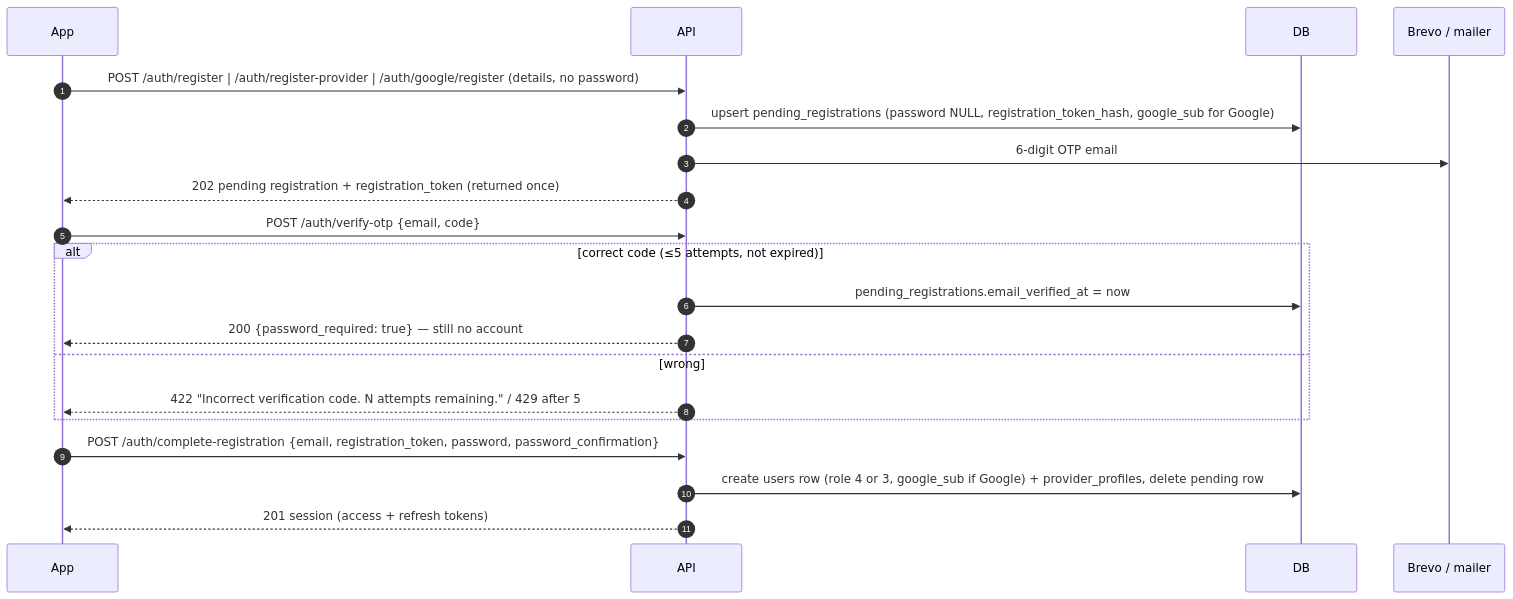
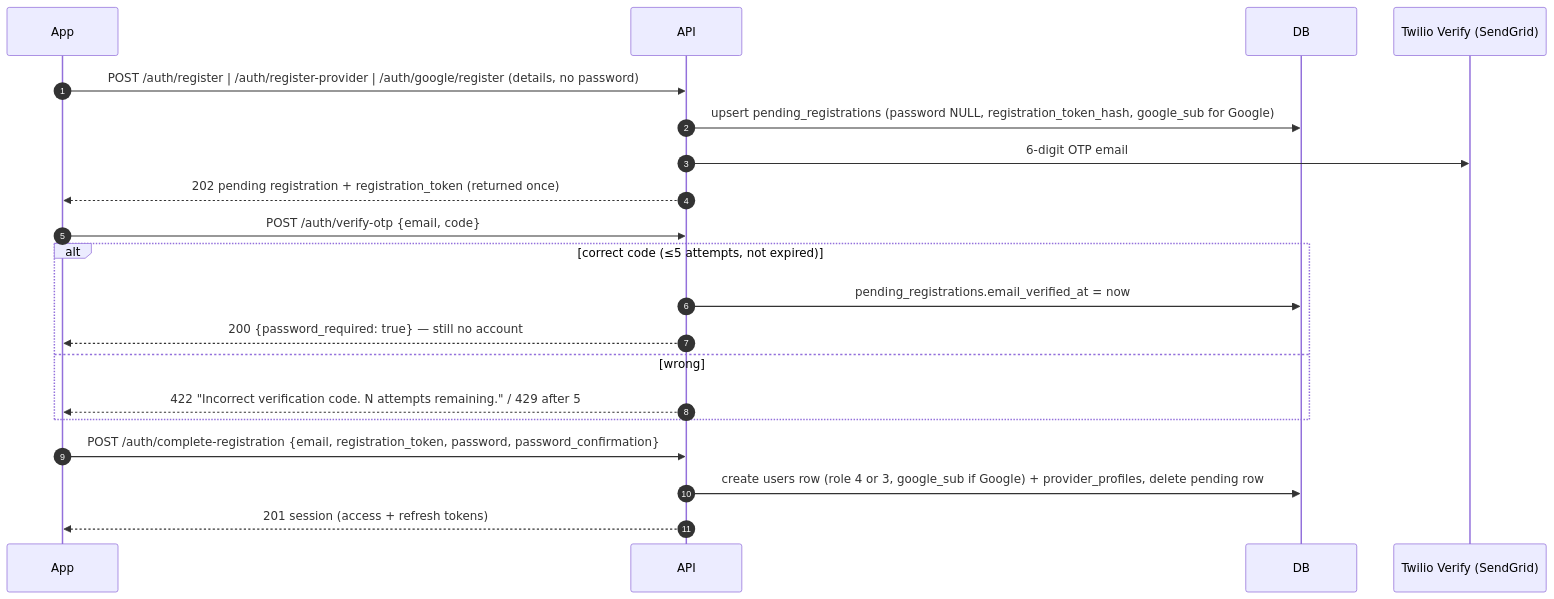
The diagram in SkillServe-Vault/02 - Domain & Business Logic/Registration and OTP Flow.md (EarlCao/skillserve-web-root), drawn with Mermaid before and after one commit. The commit also changed other lines of this file and 13 other files, not shown here.

Commit message:
docs: Twilio Verify + SendGrid setup replaces Brevo

````diff
--- a/SkillServe-Vault/02 - Domain & Business Logic/Registration and OTP Flow.md
+++ b/SkillServe-Vault/02 - Domain & Business Logic/Registration and OTP Flow.md
@@ -13,22 +23,22 @@
 ```mermaid
 sequenceDiagram
   autonumber
   participant App
   participant API
   participant DB
-  participant Mail as Brevo / mailer
+  participant Mail as Twilio Verify (SendGrid)
   App->>API: POST /auth/register | /auth/register-provider | /auth/google/register (details, no password)
   API->>DB: upsert pending_registrations (password NULL, registration_token_hash, google_sub for Google)
   API->>Mail: 6-digit OTP email
   API-->>App: 202 pending registration + registration_token (returned once)
   App->>API: POST /auth/verify-otp {email, code}
   alt correct code (≤5 attempts, not expired)
     API->>DB: pending_registrations.email_verified_at = now
     API-->>App: 200 {password_required: true} — still no account
   else wrong
     API-->>App: 422 "Incorrect verification code. N attempts remaining." / 429 after 5
   end
   App->>API: POST /auth/complete-registration {email, registration_token, password, password_confirmation}
   API->>DB: create users row (role 4 or 3, google_sub if Google) + provider_profiles, delete pending row
   API-->>App: 201 session (access + refresh tokens)
 ```
````
